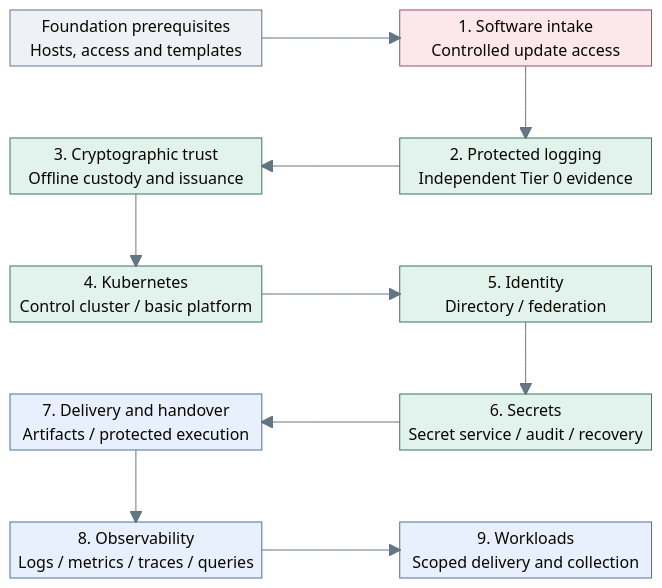
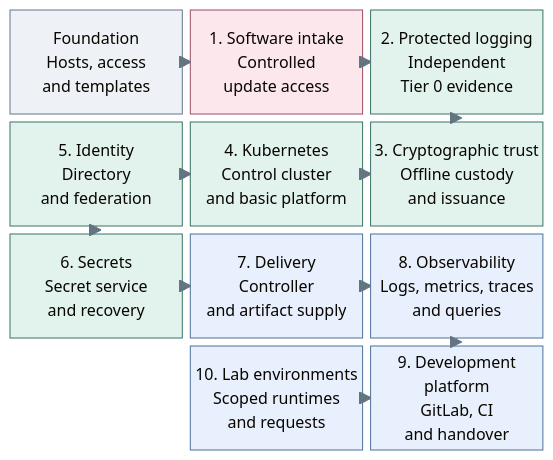
Before and after one commit to Rexus/homelab: the diagram in docs/deployment/README.md, drawn with Mermaid. The commit also changed other lines of this file and 353 other files, not shown here.

````diff
--- a/docs/deployment/README.md
+++ b/docs/deployment/README.md
@@ -37,42 +38,36 @@
 ```mermaid
 %%{init: {"theme":"base","themeVariables":{"lineColor":"#627581","edgeLabelBackground":"#f8fafc"}}}%%
 block-beta
-  columns 5
-  Base["Foundation prerequisites<br/>Hosts, access and templates"]:2
+  columns 3
+  Base["Foundation<br/>Hosts, access<br/>and templates"]
+  Intake["1. Software intake<br/>Controlled<br/>update access"]
+  Logs["2. Protected logging<br/>Independent<br/>Tier 0 evidence"]
+  Identity["5. Identity<br/>Directory<br/>and federation"]
+  Runtime["4. Kubernetes<br/>Control cluster<br/>and basic platform"]
+  Trust["3. Cryptographic trust<br/>Offline custody<br/>and issuance"]
+  Control["6. Secrets<br/>Secret service<br/>and recovery"]
+  Delivery["7. Delivery<br/>Controller<br/>and artifact supply"]
+  Visibility["8. Observability<br/>Logs, metrics, traces<br/>and queries"]
   space
-  Intake["1. Software intake<br/>Controlled update access"]:2
-  space:5
-  Trust["3. Cryptographic trust<br/>Offline custody and issuance"]:2
-  space
-  Logs["2. Protected logging<br/>Independent Tier 0 evidence"]:2
-  space:5
-  Runtime["4. Kubernetes<br/>Control cluster / basic platform"]:2
-  space
-  Identity["5. Identity<br/>Directory / federation"]:2
-  space:5
-  Delivery["7. Delivery and handover<br/>Artifacts / protected execution"]:2
-  space
-  Control["6. Secrets<br/>Secret service / audit / recovery"]:2
-  space:5
-  Visibility["8. Observability<br/>Logs / metrics / traces / queries"]:2
-  space
-  Workloads["9. Workloads<br/>Scoped delivery and collection"]:2
+  Workloads["10. Lab environments<br/>Scoped runtimes<br/>and requests"]
+  Development["9. Development<br/>platform<br/>GitLab, CI<br/>and handover"]
   Base --> Intake
   Intake --> Logs
   Logs --> Trust
   Trust --> Runtime
   Runtime --> Identity
   Identity --> Control
   Control --> Delivery
   Delivery --> Visibility
-  Visibility --> Workloads
+  Visibility --> Development
+  Development --> Workloads
   classDef default fill:#f8fafc,stroke:#64748b,color:#1f2937
   classDef boundary fill:#eef2f6,stroke:#64748b,color:#1f2937
   classDef control fill:#e2f3ed,stroke:#397366,color:#173f36
   classDef services fill:#e7f0fc,stroke:#4d719b,color:#203a5b
   classDef edge fill:#fce8ec,stroke:#9b4d67,color:#502638
   class Base boundary
   class Intake edge
   class Logs,Trust,Runtime,Identity,Control control
-  class Delivery,Visibility,Workloads services
+  class Delivery,Visibility,Development,Workloads services
 ```
````
